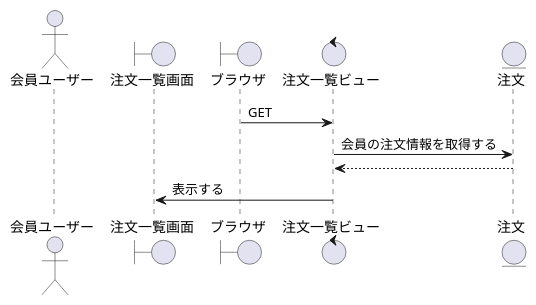
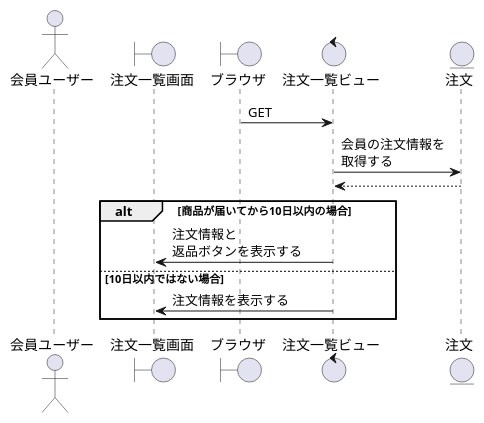
The diagram in BBショップ/注文履歴.wsd (ysyk-wtnb16/team_D), drawn with PlantUML before and after one commit.

```diff
--- a/BBショップ/注文履歴.wsd
+++ b/BBショップ/注文履歴.wsd
@@ -1,16 +1,24 @@
 @startuml rireki
 actor "会員ユーザー" as act
 boundary "注文一覧画面" as tib
 boundary "ブラウザ" as brz
 control "注文一覧ビュー" as tiv
 ' entity "商品" as product
 entity "注文" as order
 
 brz -> tiv: GET
 ' tiv -> product: 商品情報を取得する
 ' tiv <-- product
-tiv -> order: 会員の注文情報を取得する
+tiv -> order: 会員の注文情報を\n取得する
 tiv <-- order
-tib <- tiv: 表示する
+
+alt 商品が届いてから10日以内の場合
+    tib <- tiv: 注文情報と\n返品ボタンを表示する
+
+
+else 10日以内ではない場合
+    tib <- tiv: 注文情報を表示する
+
+end
 
 @enduml
```
